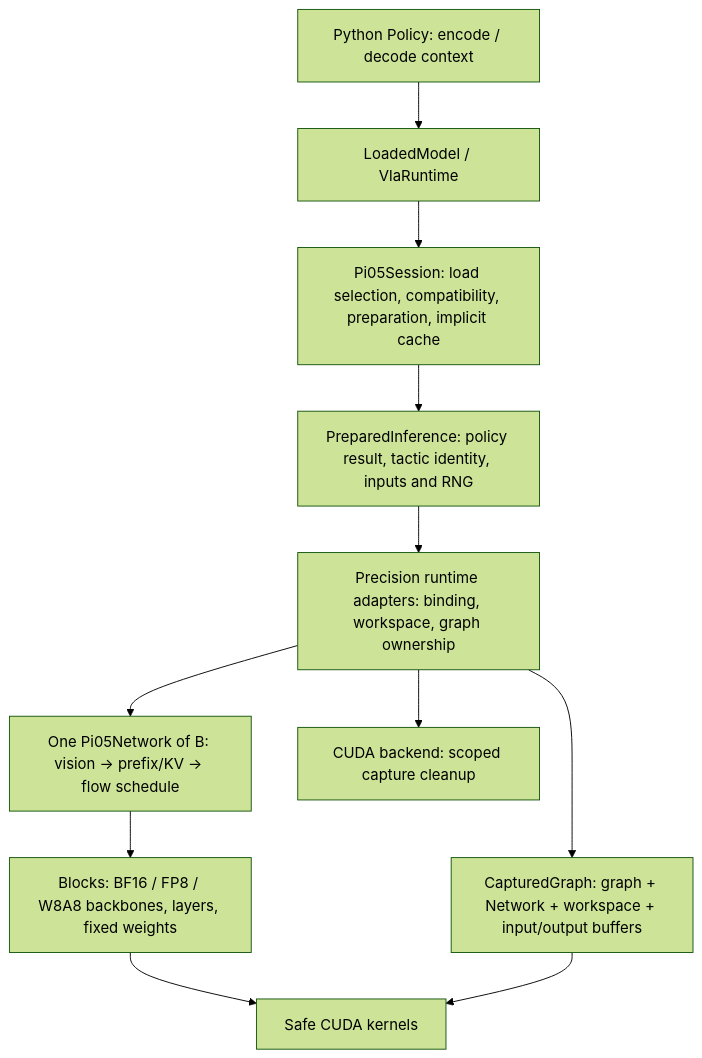
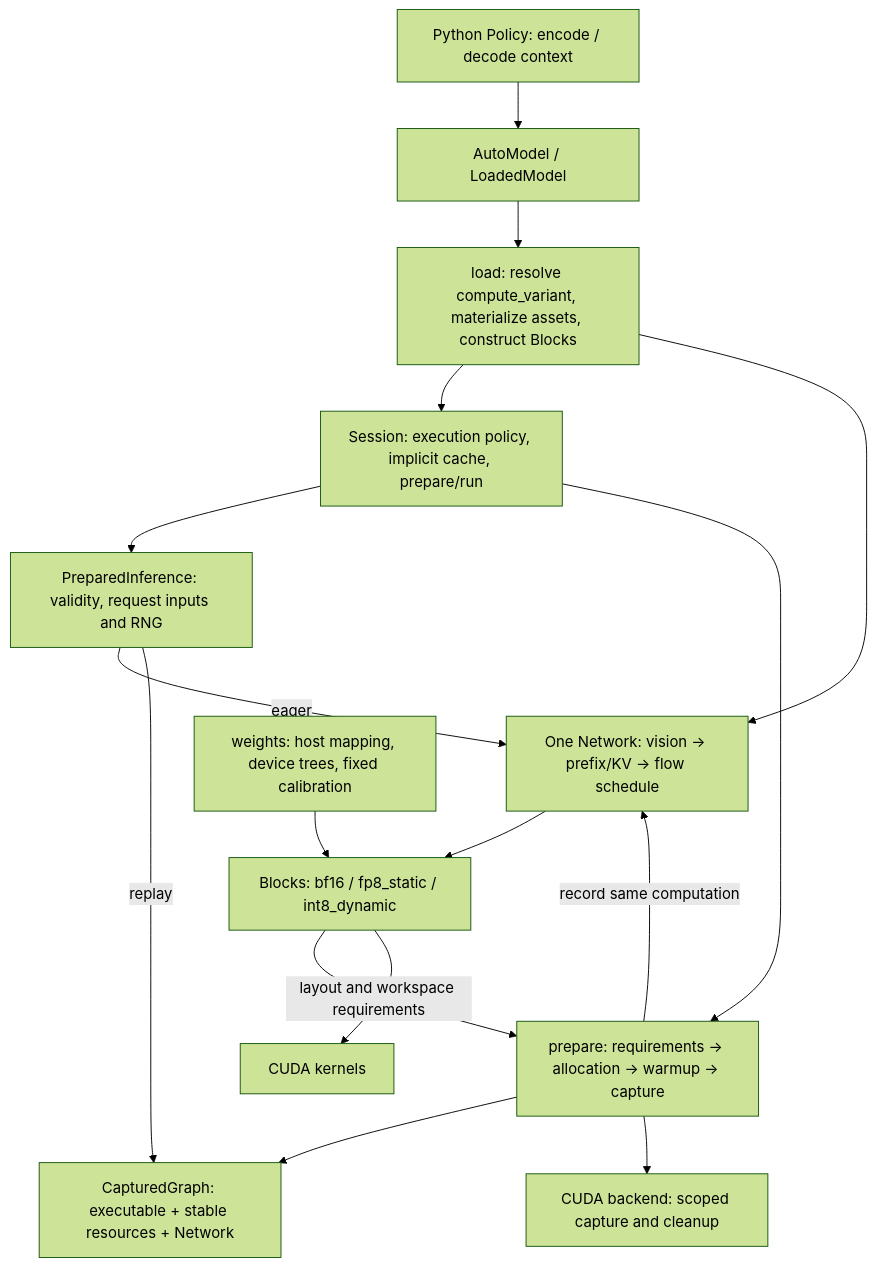
Before and after one commit to infinigence/ApxInf: the third of 3 diagrams in doc/model-lifecycle/architecture.md, drawn with Mermaid (forest theme). The commit also changed other lines of this file and 18 other files, not shown here.

````diff
--- a/doc/model-lifecycle/architecture.md
+++ b/doc/model-lifecycle/architecture.md
@@ -261,13 +264,18 @@
 ```mermaid
 flowchart TB
-    U[Python Policy: encode / decode context] --> A[LoadedModel / VlaRuntime]
-    A --> S[Pi05Session: load selection, compatibility, preparation, implicit cache]
-    S --> P[PreparedInference: policy result, tactic identity, inputs and RNG]
-    P --> R[Precision runtime adapters: binding, workspace, graph ownership]
-    R --> N[One Pi05Network of B: vision → prefix/KV → flow schedule]
-    N --> B[Blocks: BF16 / FP8 / W8A8 backbones, layers, fixed weights]
-    B --> K[Safe CUDA kernels]
-    R --> G[CapturedGraph: graph + Network + workspace + input/output buffers]
-    G --> K
-    R --> C[CUDA backend: scoped capture cleanup]
+    U[Python Policy: encode / decode context] --> A[AutoModel / LoadedModel]
+    A --> L[load: resolve compute_variant, materialize assets, construct Blocks]
+    L --> S[Session: execution policy, implicit cache, prepare/run]
+    L --> N[One Network: vision → prefix/KV → flow schedule]
+    N --> B[Blocks: bf16 / fp8_static / int8_dynamic]
+    W[weights: host mapping, device trees, fixed calibration] --> B
+    S --> P[PreparedInference: validity, request inputs and RNG]
+    S --> R[prepare: requirements → allocation → warmup → capture]
+    B -->|layout and workspace requirements| R
+    R -->|record same computation| N
+    R --> G[CapturedGraph: executable + stable resources + Network]
+    P -->|eager| N
+    P -->|replay| G
+    B --> K[CUDA kernels]
+    R --> C[CUDA backend: scoped capture and cleanup]
 ```
````
